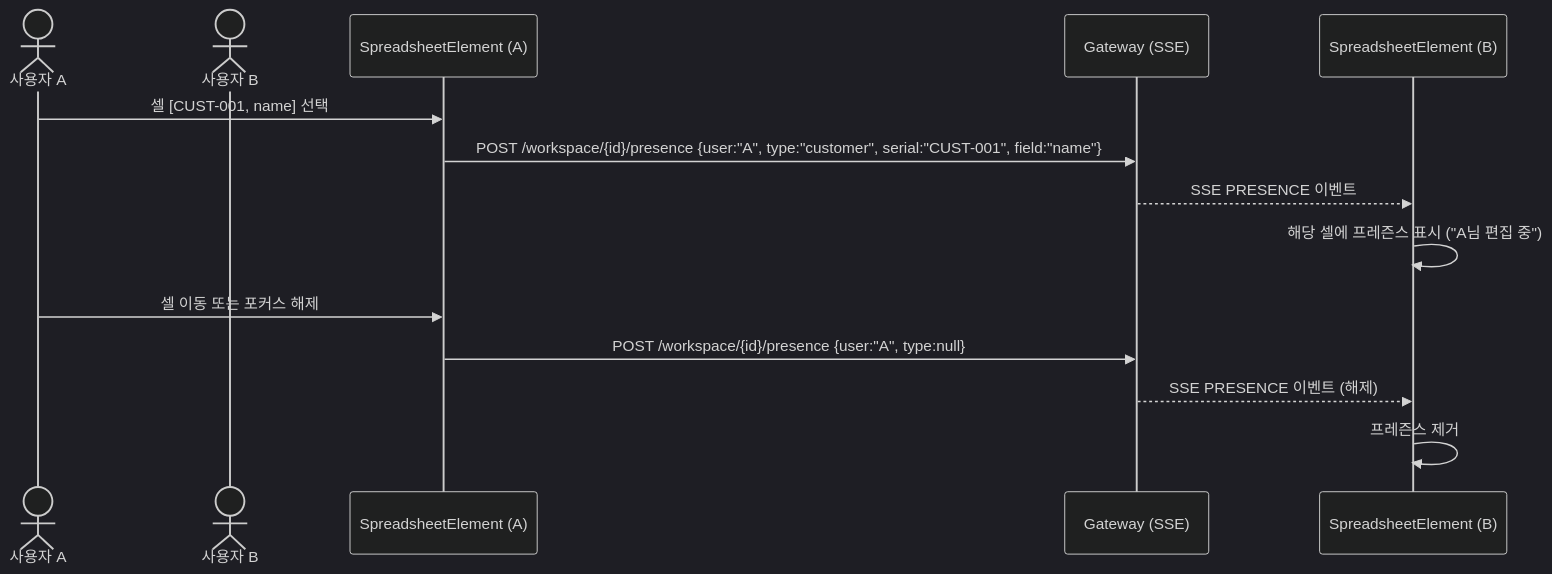
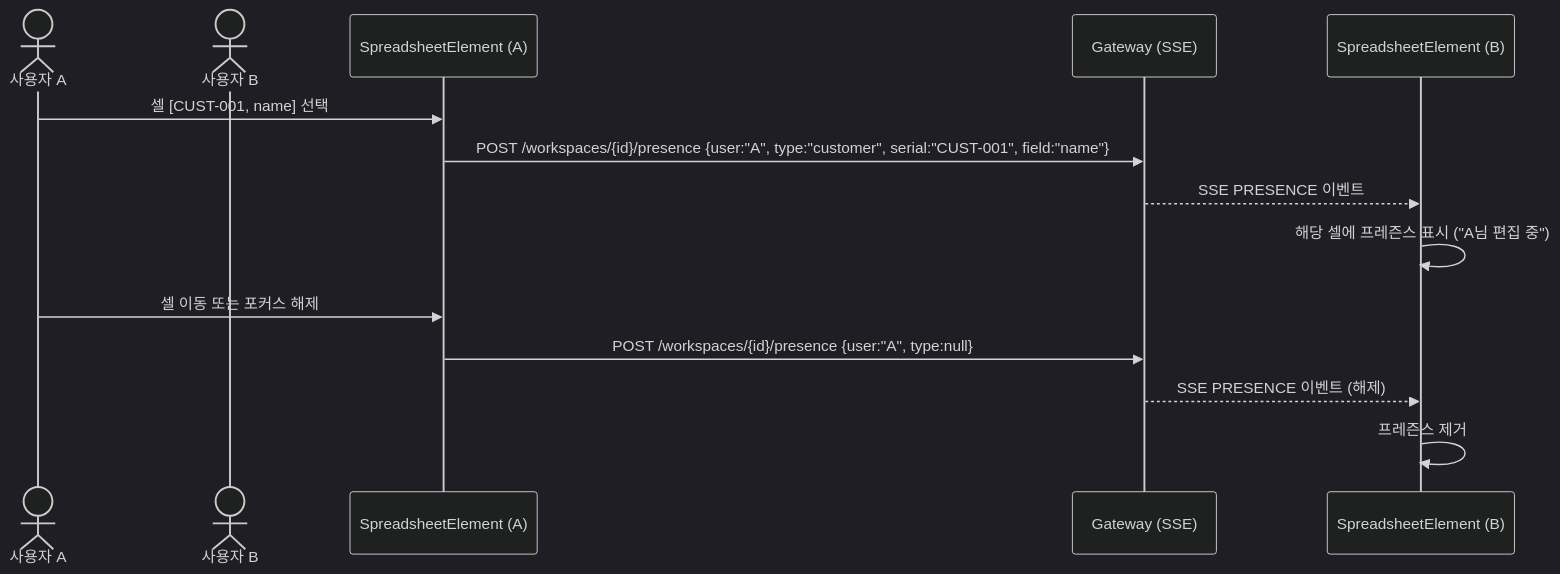
One commit to sayaya1090/handbook changed the third of 5 diagrams in document-ui/DESIGN.md. Above: the diagram before and after it, drawn with Mermaid (dark theme). The commit also changed 58 other files, not shown here.

````diff
--- a/document-ui/DESIGN.md
+++ b/document-ui/DESIGN.md
@@ -190,18 +190,18 @@
 ```mermaid
 sequenceDiagram
     actor UserA as 사용자 A
     actor UserB as 사용자 B
     participant SheetA as SpreadsheetElement (A)
     participant GW as Gateway (SSE)
     participant SheetB as SpreadsheetElement (B)
 
     UserA->>SheetA: 셀 [CUST-001, name] 선택
-    SheetA->>GW: POST /workspace/{id}/presence {user:"A", type:"customer", serial:"CUST-001", field:"name"}
+    SheetA->>GW: POST /workspaces/{id}/presence {user:"A", type:"customer", serial:"CUST-001", field:"name"}
     GW-->>SheetB: SSE PRESENCE 이벤트
     SheetB->>SheetB: 해당 셀에 프레즌스 표시 ("A님 편집 중")
 
     UserA->>SheetA: 셀 이동 또는 포커스 해제
-    SheetA->>GW: POST /workspace/{id}/presence {user:"A", type:null}
+    SheetA->>GW: POST /workspaces/{id}/presence {user:"A", type:null}
     GW-->>SheetB: SSE PRESENCE 이벤트 (해제)
     SheetB->>SheetB: 프레즌스 제거
 ```
````
